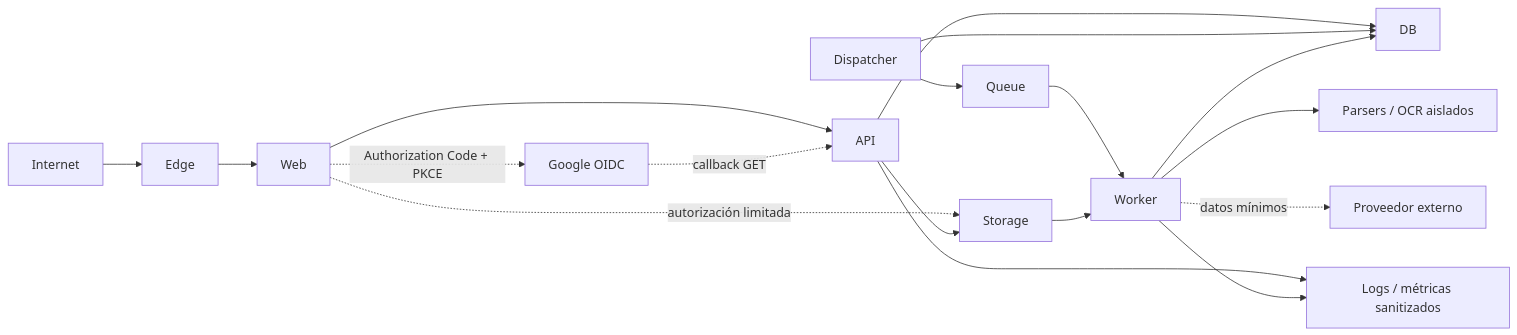
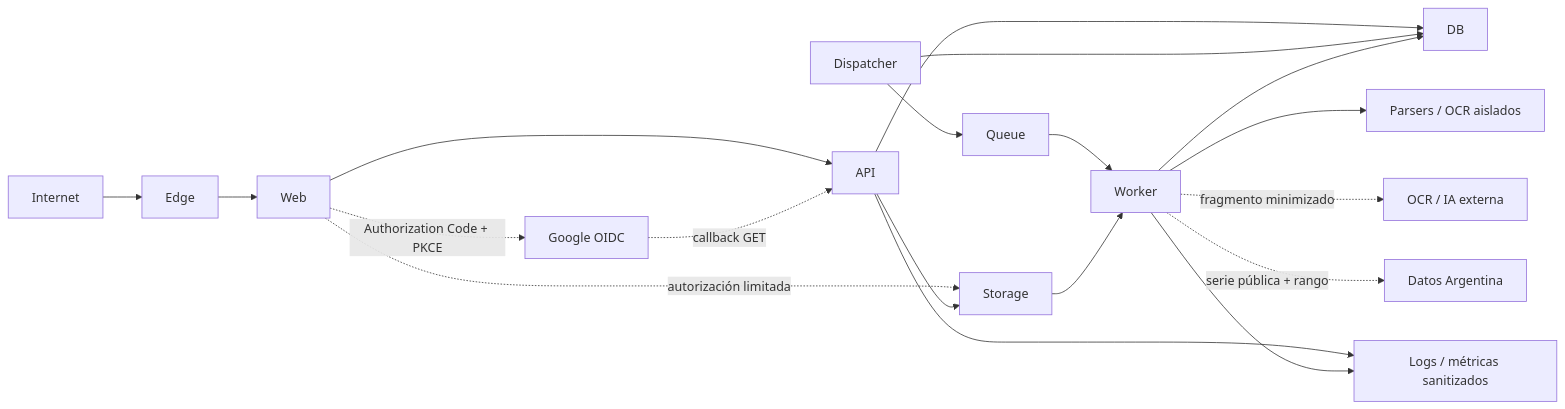
Before and after one commit to SebastianMacaya/Salarivo: the diagram in docs/security/threat-model.md, drawn with Mermaid. The commit also changed other lines of this file and 38 other files, not shown here.

```diff
--- a/docs/security/threat-model.md
+++ b/docs/security/threat-model.md
@@ -34,20 +36,21 @@
 ~~~mermaid
 flowchart LR
     Internet --> Edge
     Edge --> Web
     Web --> API
     Web -. Authorization Code + PKCE .-> Google[Google OIDC]
     Google -. callback GET .-> API
     Web -. autorización limitada .-> Storage
     API --> DB
     API --> Storage
     Dispatcher --> DB
     Dispatcher --> Queue
     Queue --> Worker
     Storage --> Worker
     Worker --> DB
     Worker --> Sandbox[Parsers / OCR aislados]
-    Worker -. datos mínimos .-> Vendor[Proveedor externo]
+    Worker -. fragmento minimizado .-> Vendor[OCR / IA externa]
+    Worker -. serie pública + rango .-> Economic[Datos Argentina]
     API --> Telemetry[Logs / métricas sanitizados]
     Worker --> Telemetry
 ~~~
```
